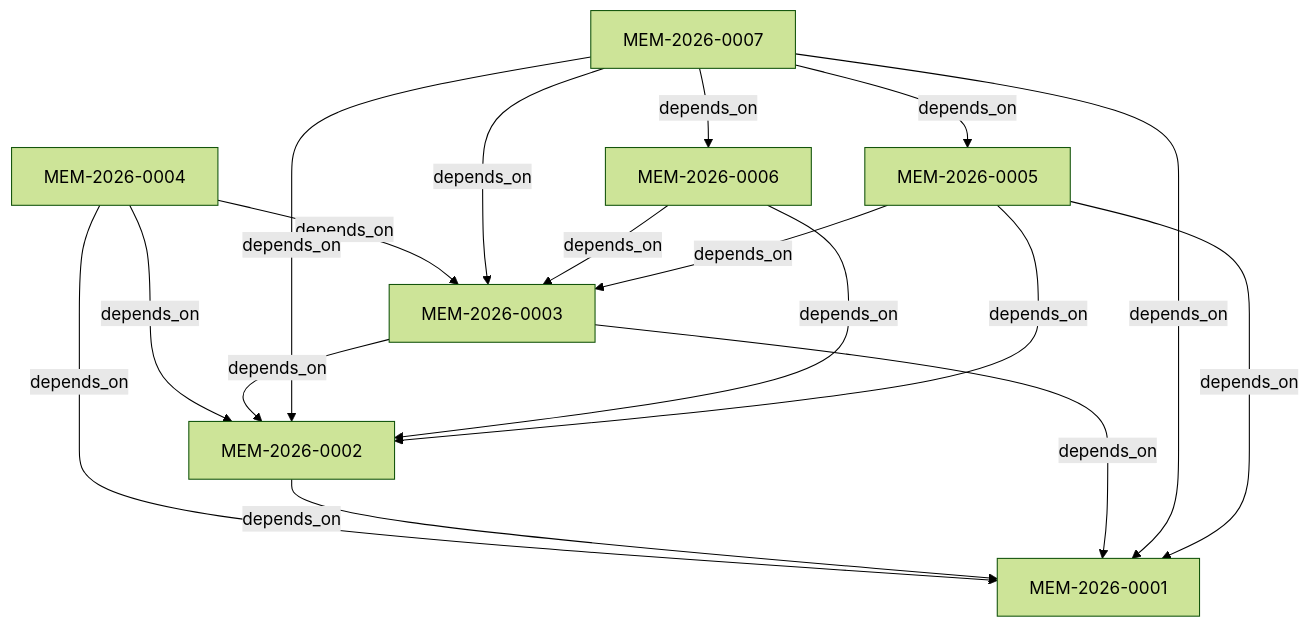
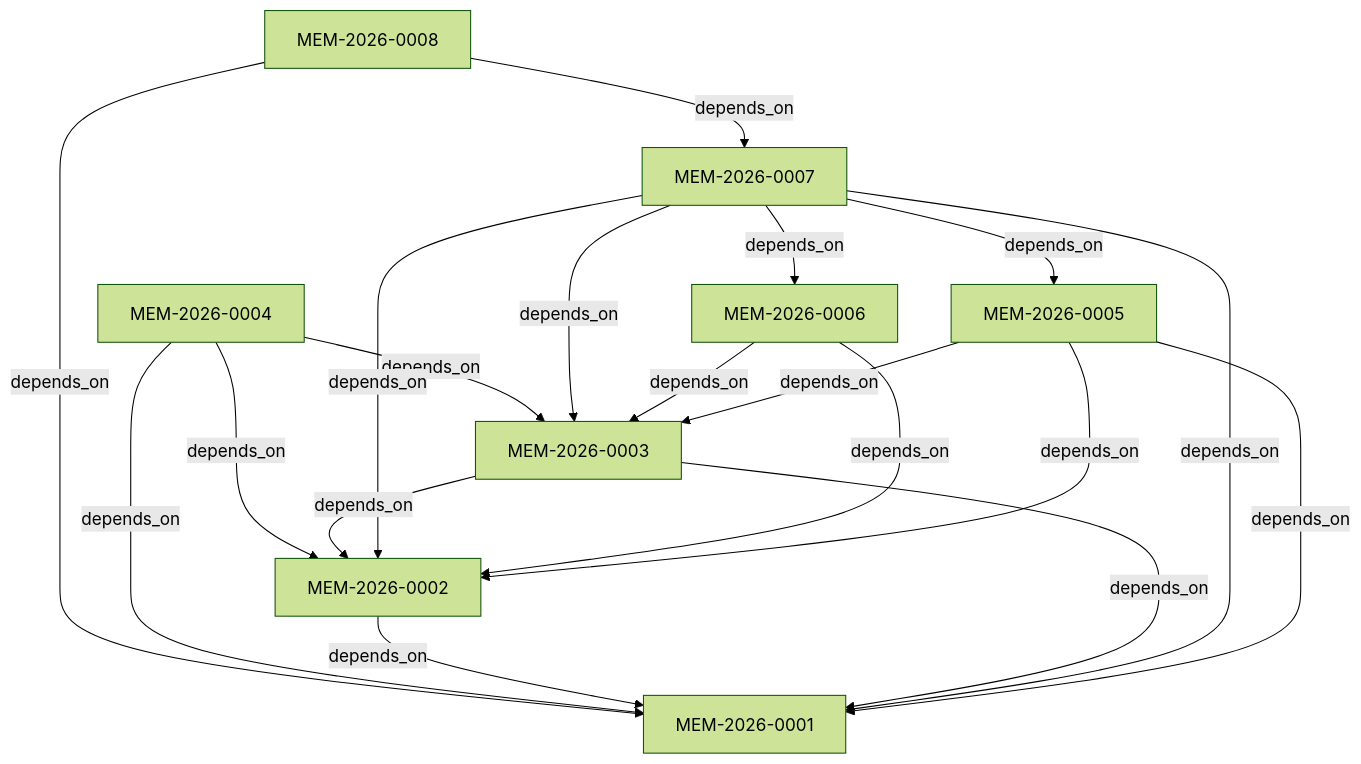
Before and after one commit to joinblue/pi-prism: the diagram in memory/codex/CONTEXT_MAP.md, drawn with Mermaid (forest theme). The commit also changed other lines of this file and 13 other files, not shown here.

````diff
--- a/memory/codex/CONTEXT_MAP.md
+++ b/memory/codex/CONTEXT_MAP.md
@@ -47,19 +53,21 @@
 ```mermaid
 flowchart TD
+    MEM_2026_0008["MEM-2026-0008"] -->|"depends_on"| MEM_2026_0001["MEM-2026-0001"]
+    MEM_2026_0008["MEM-2026-0008"] -->|"depends_on"| MEM_2026_0007["MEM-2026-0007"]
     MEM_2026_0004["MEM-2026-0004"] -->|"depends_on"| MEM_2026_0001["MEM-2026-0001"]
     MEM_2026_0004["MEM-2026-0004"] -->|"depends_on"| MEM_2026_0002["MEM-2026-0002"]
     MEM_2026_0004["MEM-2026-0004"] -->|"depends_on"| MEM_2026_0003["MEM-2026-0003"]
     MEM_2026_0002["MEM-2026-0002"] -->|"depends_on"| MEM_2026_0001["MEM-2026-0001"]
     MEM_2026_0003["MEM-2026-0003"] -->|"depends_on"| MEM_2026_0001["MEM-2026-0001"]
     MEM_2026_0003["MEM-2026-0003"] -->|"depends_on"| MEM_2026_0002["MEM-2026-0002"]
     MEM_2026_0007["MEM-2026-0007"] -->|"depends_on"| MEM_2026_0001["MEM-2026-0001"]
     MEM_2026_0007["MEM-2026-0007"] -->|"depends_on"| MEM_2026_0002["MEM-2026-0002"]
     MEM_2026_0007["MEM-2026-0007"] -->|"depends_on"| MEM_2026_0003["MEM-2026-0003"]
     MEM_2026_0007["MEM-2026-0007"] -->|"depends_on"| MEM_2026_0005["MEM-2026-0005"]
     MEM_2026_0007["MEM-2026-0007"] -->|"depends_on"| MEM_2026_0006["MEM-2026-0006"]
     MEM_2026_0006["MEM-2026-0006"] -->|"depends_on"| MEM_2026_0002["MEM-2026-0002"]
     MEM_2026_0006["MEM-2026-0006"] -->|"depends_on"| MEM_2026_0003["MEM-2026-0003"]
     MEM_2026_0005["MEM-2026-0005"] -->|"depends_on"| MEM_2026_0001["MEM-2026-0001"]
     MEM_2026_0005["MEM-2026-0005"] -->|"depends_on"| MEM_2026_0002["MEM-2026-0002"]
     MEM_2026_0005["MEM-2026-0005"] -->|"depends_on"| MEM_2026_0003["MEM-2026-0003"]
 ```
````
